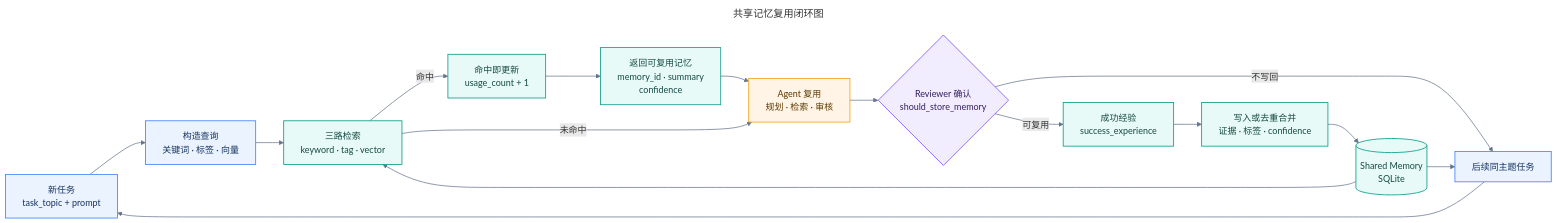
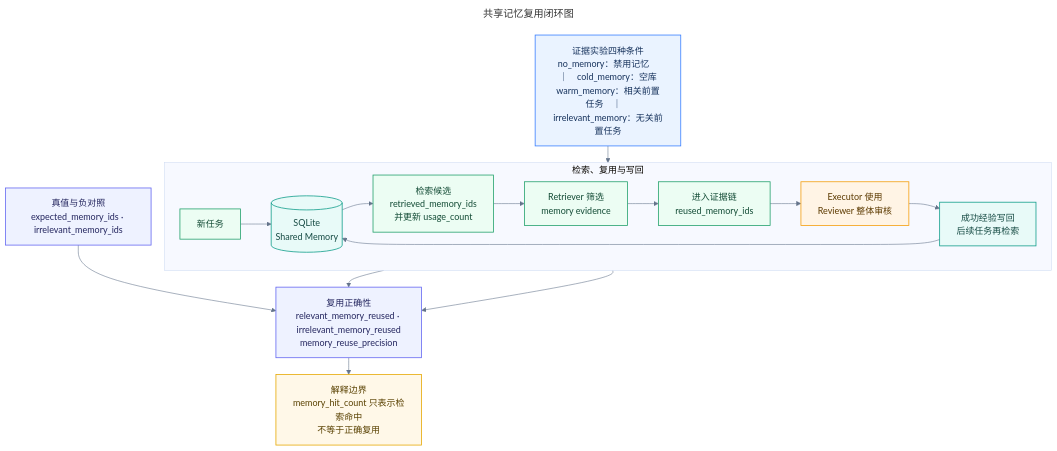
Before and after one commit to fjy1111/memlink: the diagram in docs/diagrams/shared_memory_loop.mmd, drawn with Mermaid. The commit also changed 24 other files, not shown here.

Commit message:
docs: 统一比赛架构图与流程图

```diff
--- a/docs/diagrams/shared_memory_loop.mmd
+++ b/docs/diagrams/shared_memory_loop.mmd
@@ -1,35 +1,43 @@
 ---
 title: 共享记忆复用闭环图
 ---
-%% 图示说明：展示 SQLite 共享记忆从检索、复用、审核、写回到后续任务再次命中的闭环。
-flowchart LR
-    TASK["新任务<br/>task_topic + prompt"]
-    QUERY["构造查询<br/>关键词 · 标签 · 向量"]
-    SQLITE[("Shared Memory<br/>SQLite")]
-    SEARCH["三路检索<br/>keyword · tag · vector"]
-    COUNT["命中即更新<br/>usage_count + 1"]
-    HIT["返回可复用记忆<br/>memory_id · summary<br/>confidence"]
-    AGENTS["Agent 复用<br/>规划 · 检索 · 审核"]
-    REVIEW{"Reviewer 确认<br/>should_store_memory"}
-    EXPERIENCE["成功经验<br/>success_experience"]
-    MERGE["写入或去重合并<br/>证据 · 标签 · confidence"]
-    NEXT["后续同主题任务"]
+%% 图示说明：展示 SQLite 记忆检索、证据复用、整体审核、写回闭环及复用正确性评价。
+%%{init: {"theme":"base","flowchart":{"curve":"basis","nodeSpacing":24,"rankSpacing":30},"themeVariables":{"fontFamily":"Microsoft YaHei, Noto Sans CJK SC, sans-serif","fontSize":"16px","lineColor":"#64748B"}}}%%
+flowchart TB
+    CONDITIONS["证据实验四种条件<br/>no_memory：禁用记忆　｜　cold_memory：空库<br/>warm_memory：相关前置任务　｜　irrelevant_memory：无关前置任务"]
 
-    TASK --> QUERY --> SEARCH
-    SQLITE --> SEARCH
-    SEARCH -->|"命中"| COUNT --> HIT --> AGENTS --> REVIEW
-    SEARCH -->|"未命中"| AGENTS
-    REVIEW -->|"可复用"| EXPERIENCE --> MERGE --> SQLITE
-    REVIEW -->|"不写回"| NEXT
-    SQLITE --> NEXT --> TASK
+    subgraph LOOP["检索、复用与写回"]
+        direction LR
+        TASK["新任务"]
+        SQLITE[("SQLite<br/>Shared Memory")]
+        RETRIEVED["检索候选<br/>retrieved_memory_ids<br/>并更新 usage_count"]
+        FILTER["Retriever 筛选<br/>memory evidence"]
+        REUSED["进入证据链<br/>reused_memory_ids"]
+        ACT["Executor 使用<br/>Reviewer 整体审核"]
+        WRITE["成功经验写回<br/>后续任务再检索"]
+        TASK --> SQLITE --> RETRIEVED --> FILTER --> REUSED --> ACT --> WRITE
+        WRITE --> SQLITE
+    end
 
-    classDef task fill:#EAF3FF,stroke:#377DFF,color:#16325C,stroke-width:1.4px;
-    classDef memory fill:#E8FAF8,stroke:#0F9D8A,color:#154A43,stroke-width:1.5px;
+    TRUTH["真值与负对照<br/>expected_memory_ids · irrelevant_memory_ids"]
+    QUALITY["复用正确性<br/>relevant_memory_reused · irrelevant_memory_reused<br/>memory_reuse_precision"]
+    WARNING["解释边界<br/>memory_hit_count 只表示检索命中<br/>不等于正确复用"]
+
+    CONDITIONS --> TASK
+    RETRIEVED --> QUALITY
+    REUSED --> QUALITY
+    TRUTH --> QUALITY --> WARNING
+
+    classDef condition fill:#EAF3FF,stroke:#377DFF,color:#16325C,stroke-width:1.4px;
+    classDef memory fill:#E8FAF8,stroke:#0F9D8A,color:#154A43,stroke-width:1.4px;
+    classDef pipeline fill:#ECFDF3,stroke:#22A06B,color:#124B35,stroke-width:1.4px;
     classDef agent fill:#FFF4E5,stroke:#F59E0B,color:#5C3A00,stroke-width:1.4px;
-    classDef review fill:#F2ECFF,stroke:#7C4DFF,color:#35205F,stroke-width:1.4px;
+    classDef metric fill:#EEF2FF,stroke:#6366F1,color:#24265F,stroke-width:1.4px;
+    classDef warning fill:#FFF8E8,stroke:#E6A700,color:#594100,stroke-width:1.4px;
 
-    class TASK,QUERY,NEXT task;
-    class SQLITE,SEARCH,COUNT,HIT,EXPERIENCE,MERGE memory;
-    class AGENTS agent;
-    class REVIEW review;
-    linkStyle default stroke:#64748B,stroke-width:1.3px;
+    class CONDITIONS condition;
+    class SQLITE,WRITE memory;
+    class TASK,RETRIEVED,FILTER,REUSED pipeline;
+    class ACT agent;
+    class TRUTH,QUALITY metric;
+    class WARNING warning;
```
